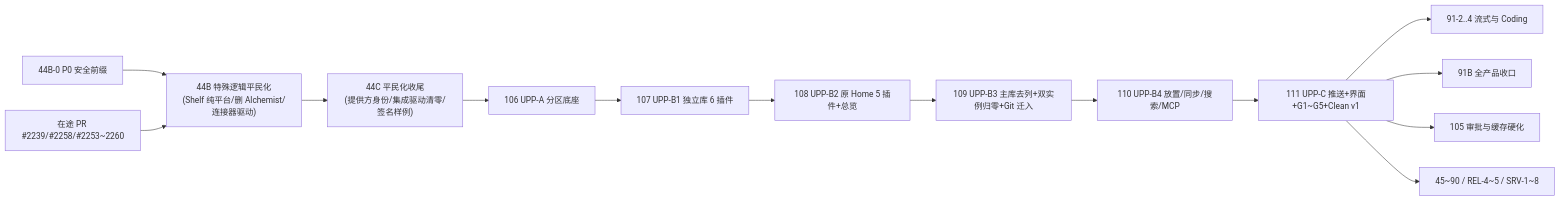
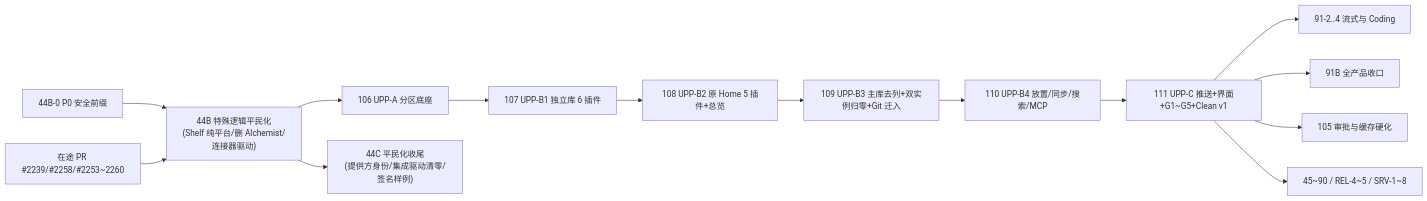
The fifth of 5 diagrams in specs/post-anticorruption-roadmap/reference/dependencies.md (molis-ai/molis-work), drawn with Mermaid before and after one commit. The commit also changed other lines of this file and 3 other files, not shown here.

````diff
--- a/specs/post-anticorruption-roadmap/reference/dependencies.md
+++ b/specs/post-anticorruption-roadmap/reference/dependencies.md
@@ -588,16 +588,16 @@
 ```mermaid
 flowchart LR
   B44B0["44B-0 P0 安全前缀"] --> B44B["44B 特殊逻辑平民化<br/>(Shelf 纯平台/删 Alchemist/连接器驱动)"]
   INF["在途 PR #2239/#2258/#2253~2260"] --> B44B
+  B44B --> B106["106 UPP-A 分区底座"]
   B44B --> B44C["44C 平民化收尾<br/>(提供方身份/集成驱动清零/签名样例)"]
-  B44C --> B106["106 UPP-A 分区底座"]
   B106 --> B107["107 UPP-B1 独立库 6 插件"]
   B107 --> B108["108 UPP-B2 原 Home 5 插件+总览"]
   B108 --> B109["109 UPP-B3 主库去列+双实例归零+Git 迁入"]
   B109 --> B110["110 UPP-B4 放置/同步/搜索/MCP"]
   B110 --> B111["111 UPP-C 推送+界面+G1~G5+Clean v1"]
   B111 --> B91A["91-2..4 流式与 Coding"]
   B111 --> B91B["91B 全产品收口"]
   B111 --> B105["105 审批与缓存硬化"]
   B111 --> BDOWN["45~90 / REL-4~5 / SRV-1~8"]
 ```
````
